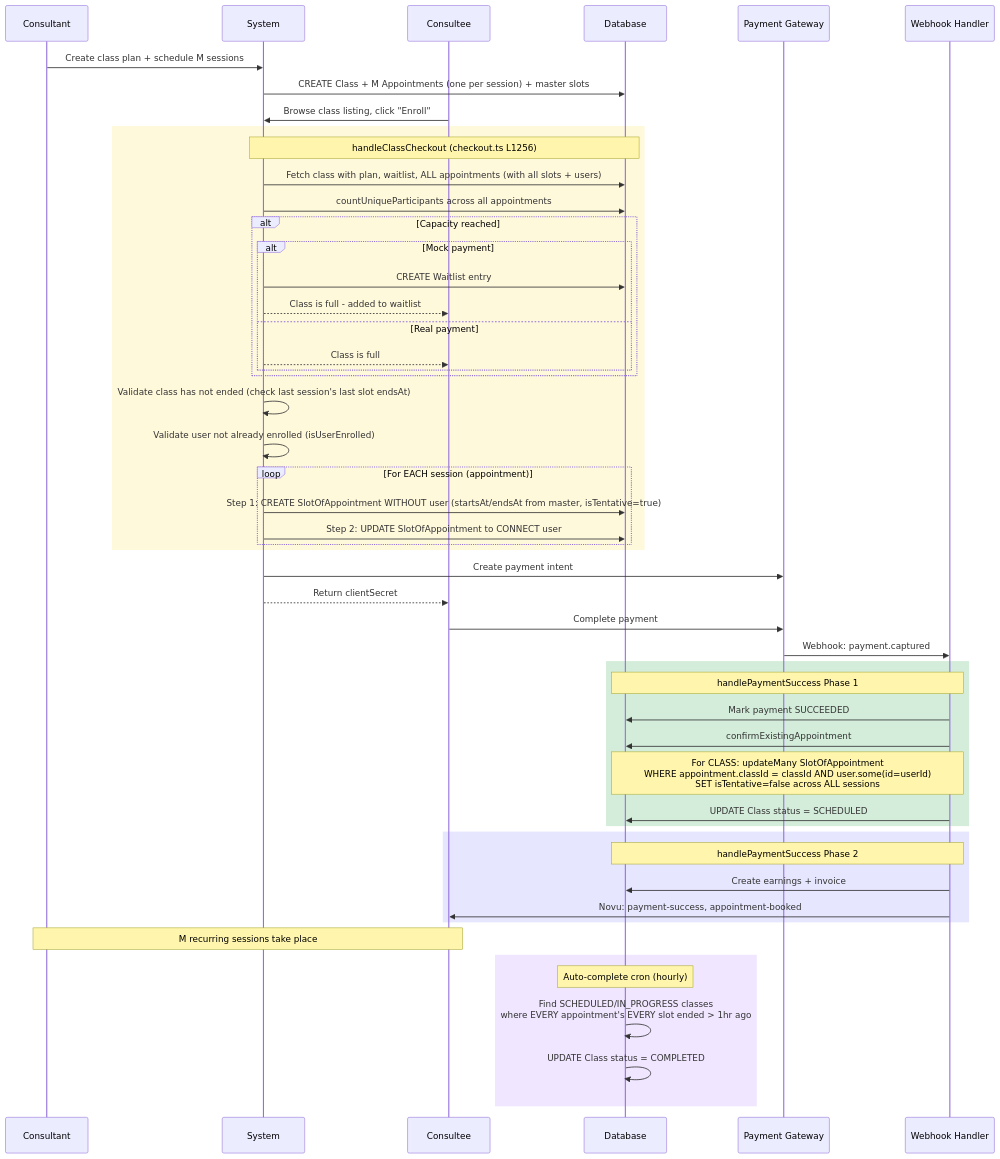
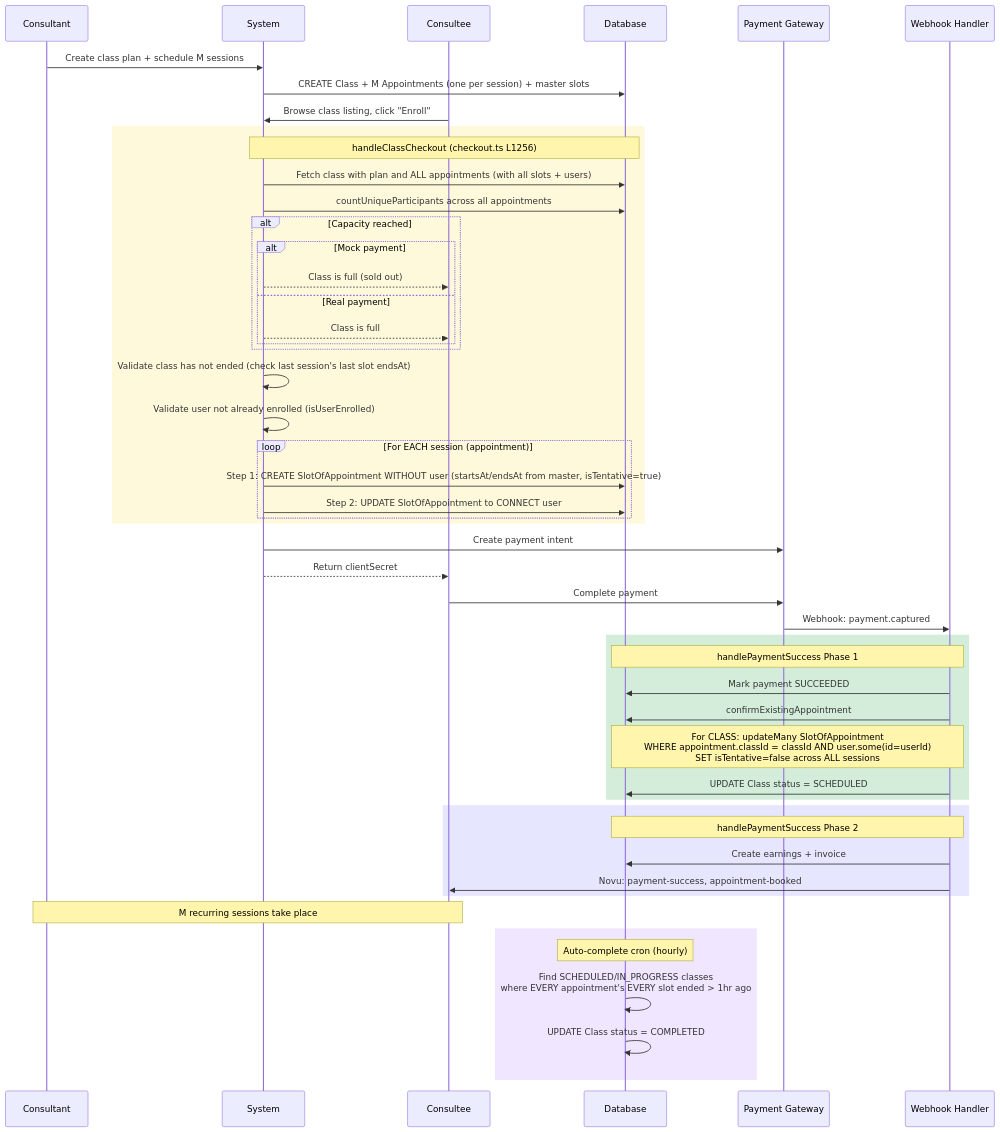
Before and after one commit to Practitionist/familiarise_web: the seventh of 16 diagrams in docs/booking/06-booking-lifecycle.md, drawn with Mermaid. The commit also changed other lines of this file and 181 other files, not shown here.

````diff
--- a/docs/booking/06-booking-lifecycle.md
+++ b/docs/booking/06-booking-lifecycle.md
@@ -530,64 +523,63 @@
 ```mermaid
 sequenceDiagram
     participant CT as Consultant
     participant SYS as System
     participant CE as Consultee
     participant DB as Database
     participant GW as Payment Gateway
     participant WH as Webhook Handler
 
     CT->>SYS: Create class plan + schedule M sessions
     SYS->>DB: CREATE Class + M Appointments (one per session) + master slots
 
     CE->>SYS: Browse class listing, click "Enroll"
 
     rect rgb(255, 249, 220)
         Note over SYS,DB: handleClassCheckout (checkout.ts L1256)
-        SYS->>DB: Fetch class with plan, waitlist, ALL appointments (with all slots + users)
+        SYS->>DB: Fetch class with plan and ALL appointments (with all slots + users)
         SYS->>DB: countUniqueParticipants across all appointments
 
         alt Capacity reached
             alt Mock payment
-                SYS->>DB: CREATE Waitlist entry
-                SYS-->>CE: Class is full - added to waitlist
+                SYS-->>CE: Class is full (sold out)
             else Real payment
                 SYS-->>CE: Class is full
             end
         end
 
         SYS->>SYS: Validate class has not ended (check last session's last slot endsAt)
         SYS->>SYS: Validate user not already enrolled (isUserEnrolled)
 
         loop For EACH session (appointment)
             SYS->>DB: Step 1: CREATE SlotOfAppointment WITHOUT user (startsAt/endsAt from master, isTentative=true)
             SYS->>DB: Step 2: UPDATE SlotOfAppointment to CONNECT user
         end
     end
 
     SYS->>GW: Create payment intent
     SYS-->>CE: Return clientSecret
     CE->>GW: Complete payment
     GW->>WH: Webhook: payment.captured
 
     rect rgb(212, 237, 218)
         Note over WH,DB: handlePaymentSuccess Phase 1
         WH->>DB: Mark payment SUCCEEDED
         WH->>DB: confirmExistingAppointment
         Note over WH,DB: For CLASS: updateMany SlotOfAppointment<br/>WHERE appointment.classId = classId AND user.some(id=userId)<br/>SET isTentative=false across ALL sessions
         WH->>DB: UPDATE Class status = SCHEDULED
     end
 
     rect rgb(230, 230, 255)
         Note over WH,DB: handlePaymentSuccess Phase 2
         WH->>DB: Create earnings + invoice
         WH->>CE: Novu: payment-success, appointment-booked
     end
 
     Note over CT,CE: M recurring sessions take place
 
     rect rgb(240, 230, 255)
         Note over DB: Auto-complete cron (hourly)
         DB->>DB: Find SCHEDULED/IN_PROGRESS classes<br/>where EVERY appointment's EVERY slot ended > 1hr ago
         DB->>DB: UPDATE Class status = COMPLETED
     end
 ```
````
